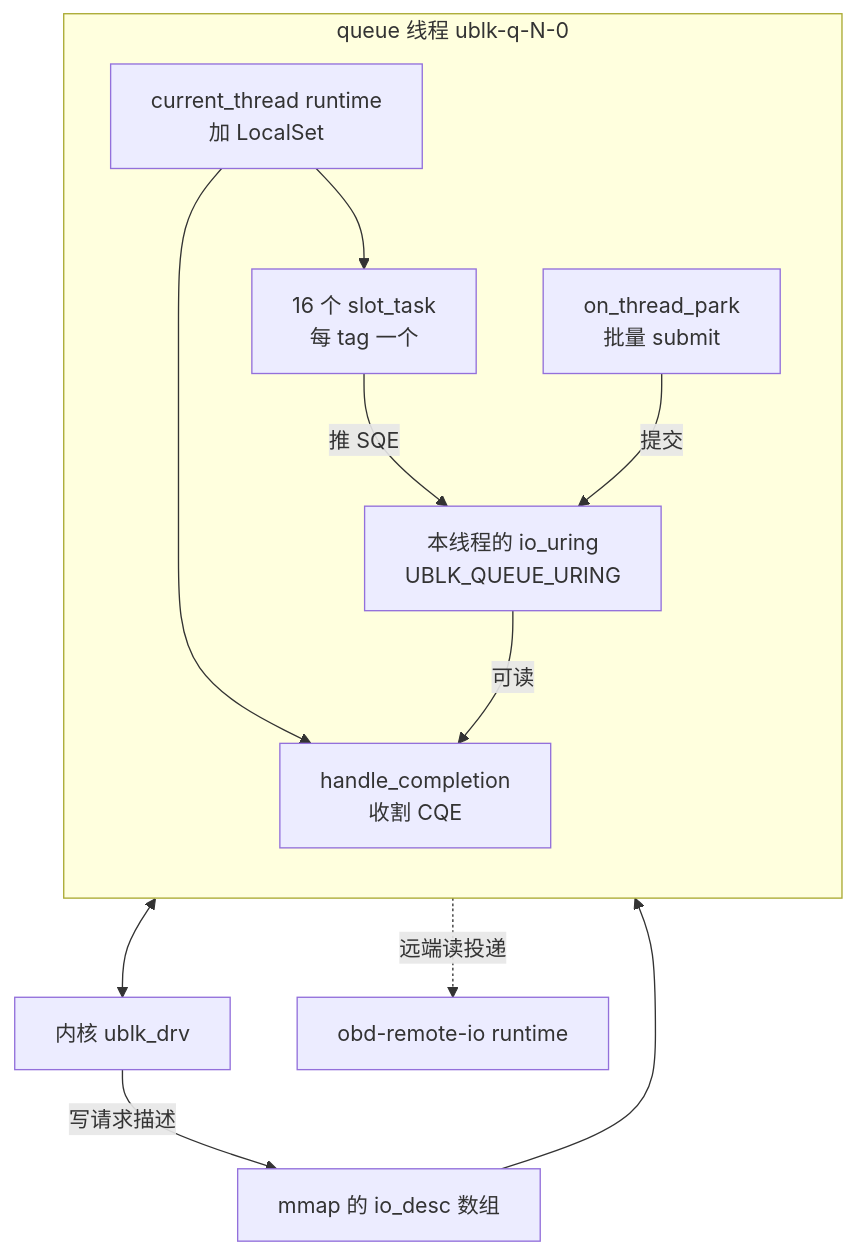
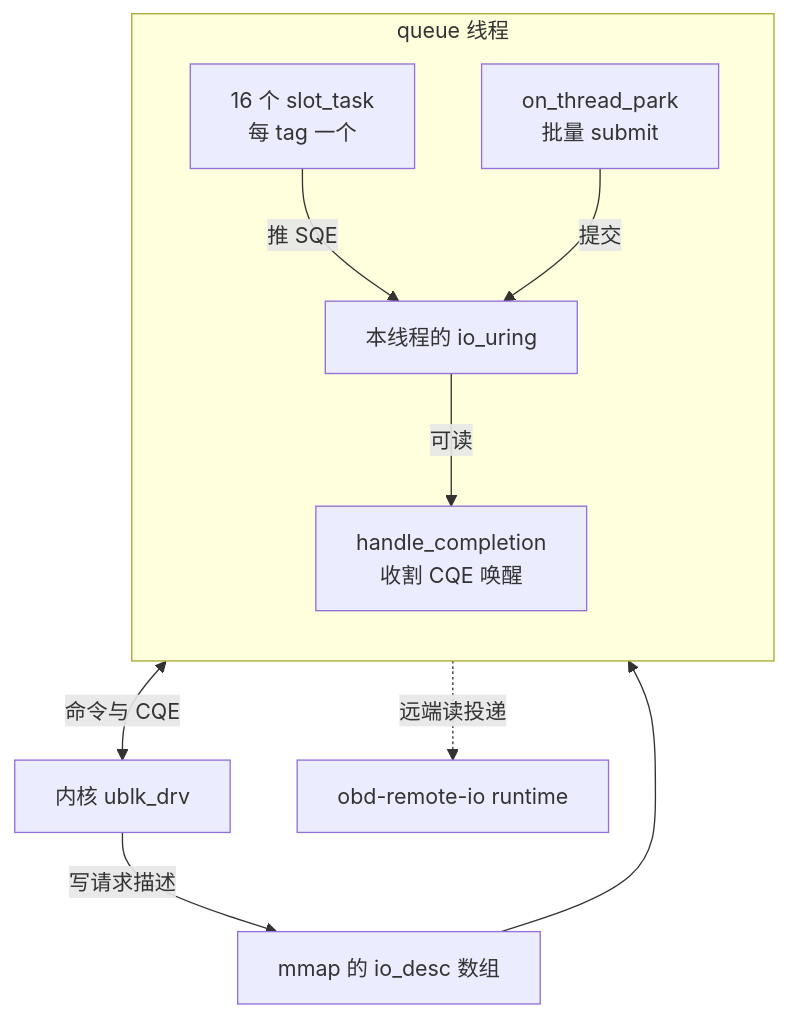
One commit to AustinJiangg/ai-books changed the first of 2 diagrams in agentenv/40-ublk-library.md. Above: the diagram before and after it, drawn with Mermaid. The commit also changed 3 other files, not shown here.

````diff
--- a/agentenv/40-ublk-library.md
+++ b/agentenv/40-ublk-library.md
@@ -117,23 +117,13 @@
 ```mermaid
 flowchart TB
-    subgraph TH["queue 线程 ublk-q-N-0"]
+    K["内核 ublk_drv"] -->|"写请求描述"| DESC["mmap 的 io_desc 数组"]
+    subgraph TH["queue 线程"]
         direction TB
-        RT["current_thread runtime<br/>加 LocalSet"]
-        SL["16 个 slot_task<br/>每 tag 一个"]
-        CP["handle_completion<br/>收割 CQE"]
-        RING["本线程的 io_uring<br/>UBLK_QUEUE_URING"]
-        PARK["on_thread_park<br/>批量 submit"]
-        RT --> SL
-        RT --> CP
-        SL -->|"推 SQE"| RING
-        PARK -->|"提交"| RING
-        RING -->|"可读"| CP
+        SL["16 个 slot_task<br/>每 tag 一个"] -->|"推 SQE"| RING["本线程的 io_uring"]
+        PARK["on_thread_park<br/>批量 submit"] -->|"提交"| RING
+        RING -->|"可读"| CP["handle_completion<br/>收割 CQE 唤醒"]
     end
-    DESC["mmap 的 io_desc 数组"]
-    K["内核 ublk_drv"]
-    REM["obd-remote-io runtime"]
-    K -->|"写请求描述"| DESC
     DESC --> SL
-    RING <--> K
-    SL -.->|"远端读投递"| REM
+    RING <-->|"命令与 CQE"| K
+    SL -.->|"远端读投递"| REM["obd-remote-io runtime"]
 ```
````
